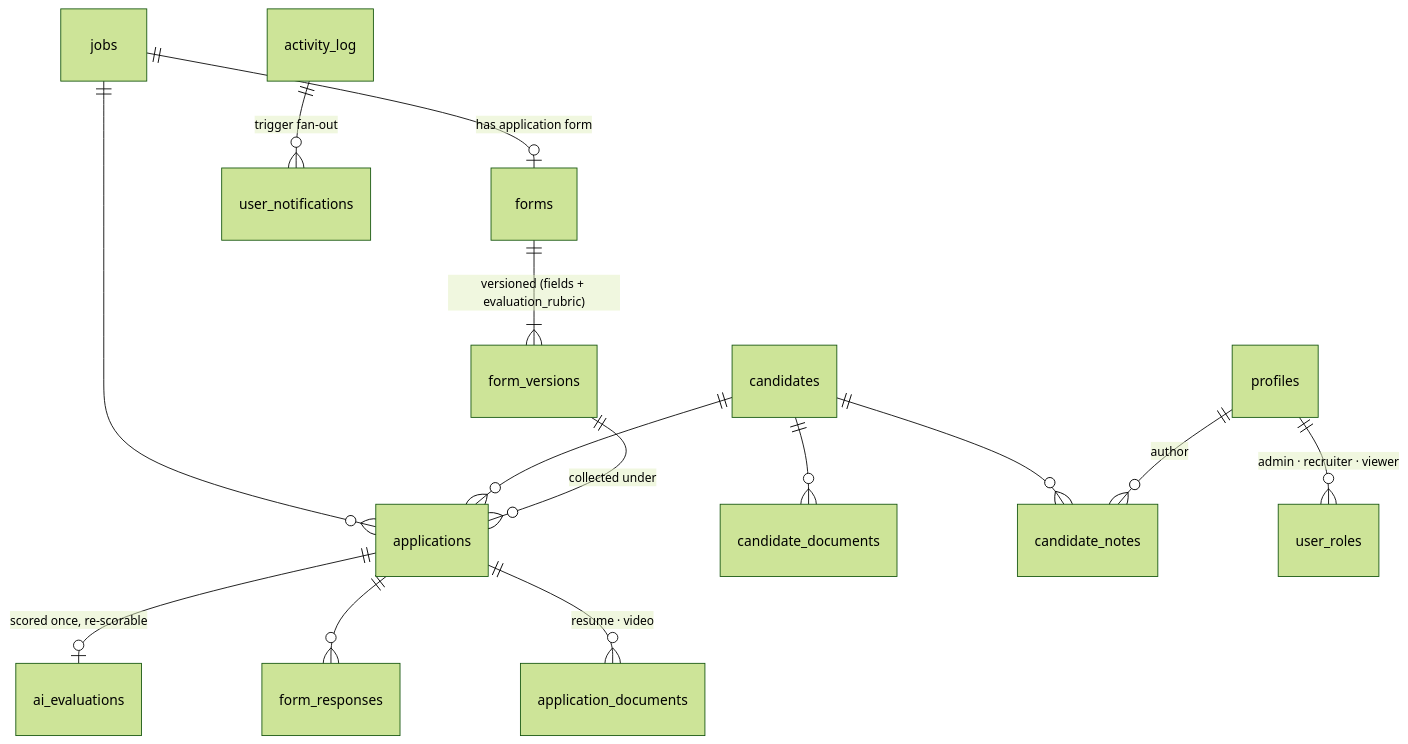
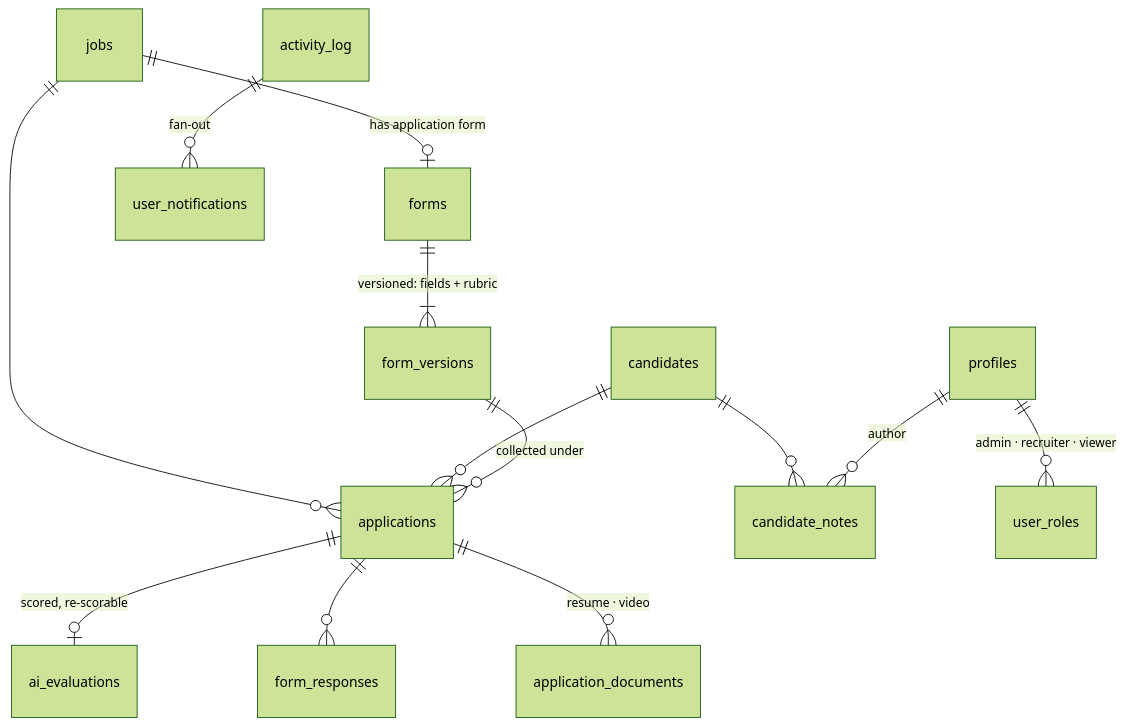
One commit to V00nikos/ai-hire-suite changed the diagram in README.md. Above: the diagram before and after it, drawn with Mermaid (forest theme). The commit also changed other lines of this file and 26 other files, not shown here.

````diff
--- a/README.md
+++ b/README.md
@@ -170,16 +147,15 @@
 ```mermaid
 erDiagram
     jobs ||--o| forms : "has application form"
-    forms ||--|{ form_versions : "versioned (fields + evaluation_rubric)"
+    forms ||--|{ form_versions : "versioned: fields + rubric"
     jobs ||--o{ applications : ""
     candidates ||--o{ applications : ""
     form_versions ||--o{ applications : "collected under"
-    applications ||--o| ai_evaluations : "scored once, re-scorable"
+    applications ||--o| ai_evaluations : "scored, re-scorable"
     applications ||--o{ form_responses : ""
     applications ||--o{ application_documents : "resume · video"
-    candidates ||--o{ candidate_documents : ""
     candidates ||--o{ candidate_notes : ""
     profiles ||--o{ candidate_notes : "author"
     profiles ||--o{ user_roles : "admin · recruiter · viewer"
-    activity_log ||--o{ user_notifications : "trigger fan-out"
+    activity_log ||--o{ user_notifications : "fan-out"
 ```
````
